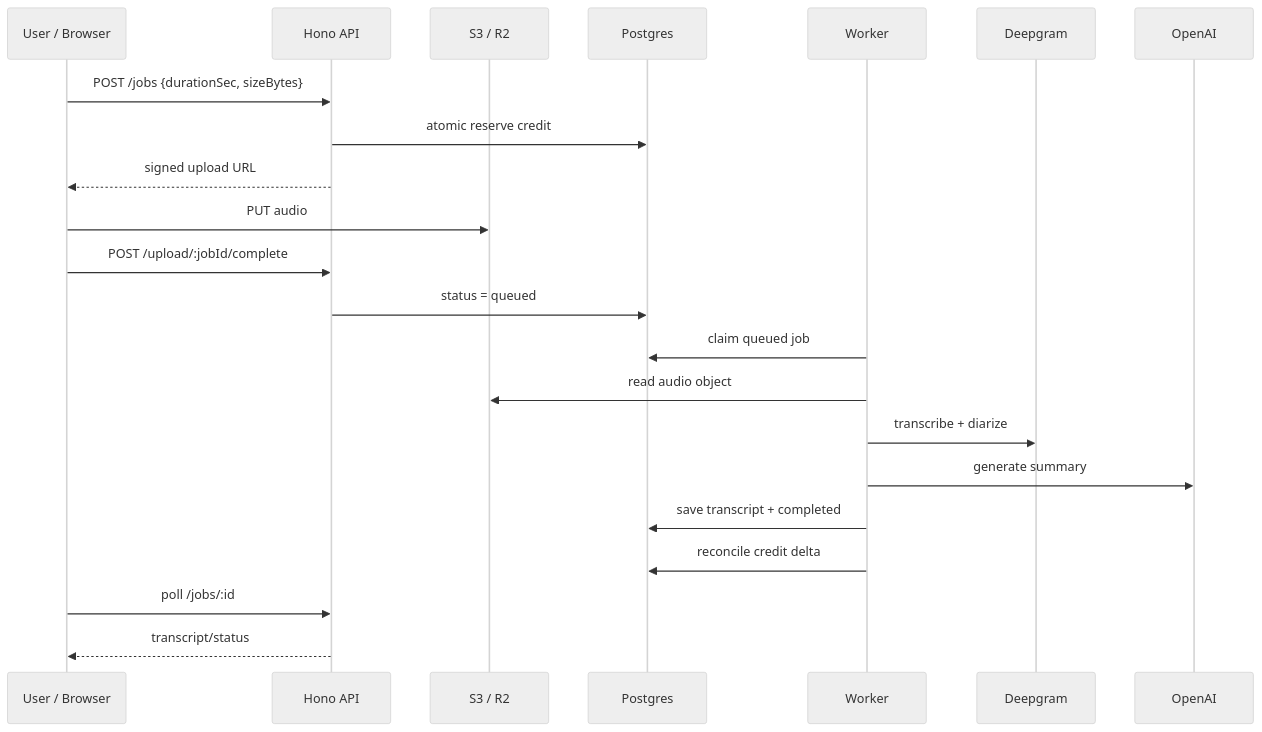
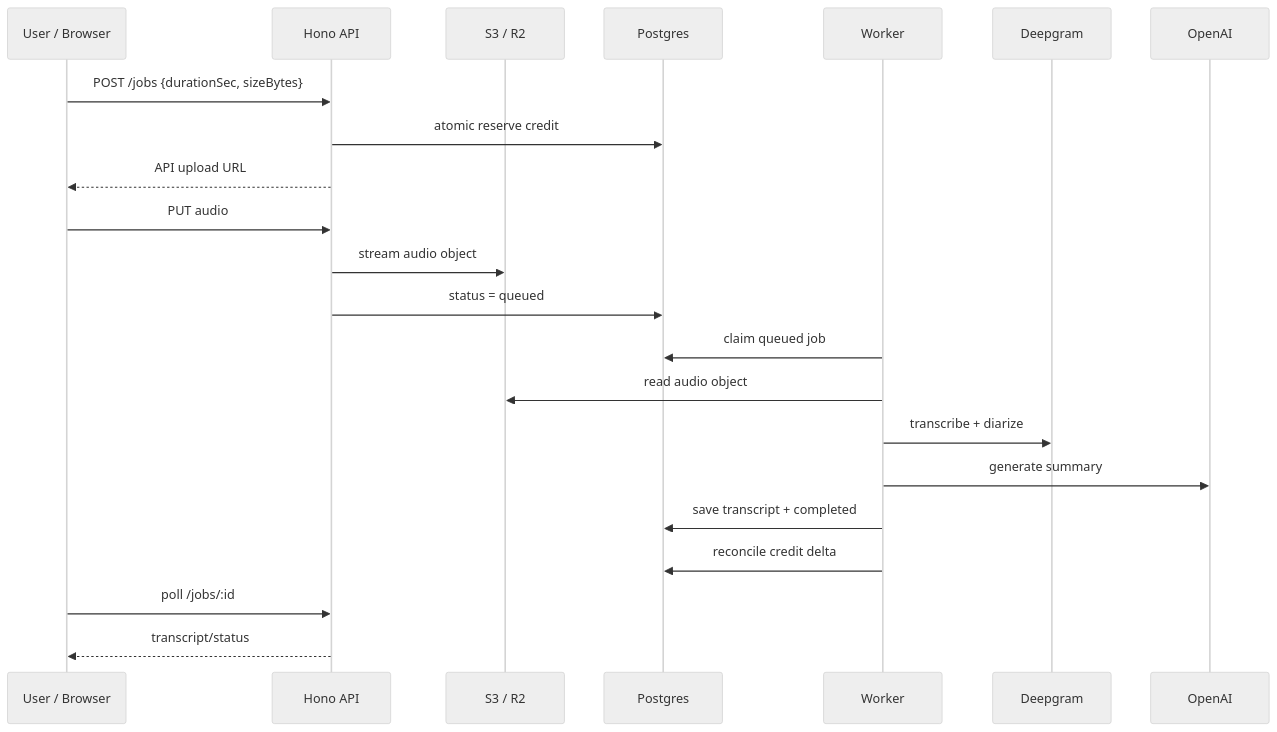
One commit to Y0EL/ALTO changed the fourth of 4 diagrams in README.md. Above: the diagram before and after it, drawn with Mermaid (neutral theme). The commit also changed other lines of this file, not shown here.

````diff
--- a/README.md
+++ b/README.md
@@ -285,25 +283,25 @@
 ```mermaid
 sequenceDiagram
   participant U as User / Browser
   participant API as Hono API
   participant S as S3 / R2
   participant DB as Postgres
   participant W as Worker
   participant DG as Deepgram
   participant OA as OpenAI
 
   U->>API: POST /jobs {durationSec, sizeBytes}
   API->>DB: atomic reserve credit
-  API-->>U: signed upload URL
-  U->>S: PUT audio
-  U->>API: POST /upload/:jobId/complete
+  API-->>U: API upload URL
+  U->>API: PUT audio
+  API->>S: stream audio object
   API->>DB: status = queued
   W->>DB: claim queued job
   W->>S: read audio object
   W->>DG: transcribe + diarize
   W->>OA: generate summary
   W->>DB: save transcript + completed
   W->>DB: reconcile credit delta
   U->>API: poll /jobs/:id
   API-->>U: transcript/status
 ```
````
